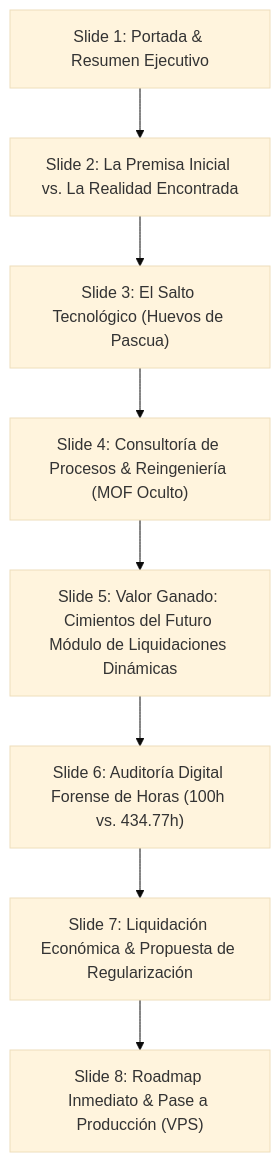
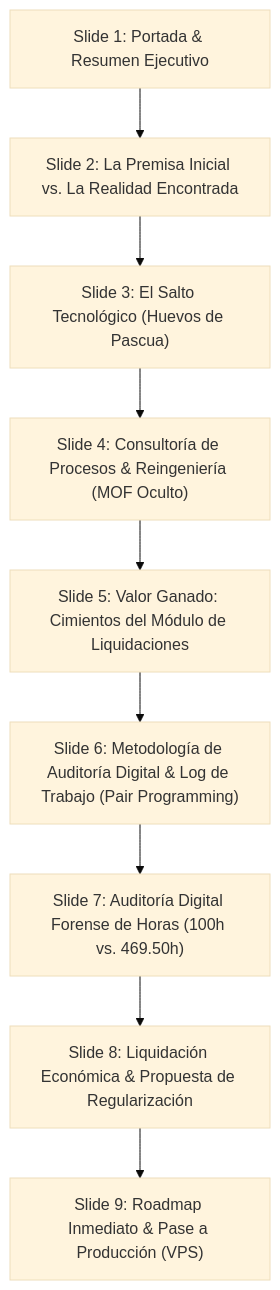
One commit to RichGutz/PETRAL.SMART.DASHBOARD changed the diagram in Desarrollo.Profesional/Obsidian.Refactorizacion.Multicotizador/26_Modificacion_Alcance_Costos_HUEVOS_PASCUA.md. Above: the diagram before and after it, drawn with Mermaid (base theme). The commit also changed other lines of this file and 2 other files, not shown here.

Commit message:
feat(presentation): crear V2 dinamica con 9 slides, nuevo slide de metodologia y actualizacion de horas a 469.50h

````diff
--- a/Desarrollo.Profesional/Obsidian.Refactorizacion.Multicotizador/26_Modificacion_Alcance_Costos_HUEVOS_PASCUA.md
+++ b/Desarrollo.Profesional/Obsidian.Refactorizacion.Multicotizador/26_Modificacion_Alcance_Costos_HUEVOS_PASCUA.md
@@ -20,10 +39,11 @@
 ```mermaid
 graph TD
     S1["Slide 1: Portada & Resumen Ejecutivo"] --> S2["Slide 2: La Premisa Inicial vs. La Realidad Encontrada"]
     S2 --> S3["Slide 3: El Salto Tecnológico (Huevos de Pascua)"]
     S3 --> S4["Slide 4: Consultoría de Procesos & Reingeniería (MOF Oculto)"]
-    S4 --> S5["Slide 5: Valor Ganado: Cimientos del Futuro Módulo de Liquidaciones Dinámicas"]
-    S5 --> S6["Slide 6: Auditoría Digital Forense de Horas (100h vs. 434.77h)"]
-    S6 --> S7["Slide 7: Liquidación Económica & Propuesta de Regularización"]
-    S7 --> S8["Slide 8: Roadmap Inmediato & Pase a Producción (VPS)"]
+    S4 --> S5["Slide 5: Valor Ganado: Cimientos del Módulo de Liquidaciones"]
+    S5 --> S6["Slide 6: Metodología de Auditoría Digital & Log de Trabajo (Pair Programming)"]
+    S6 --> S7["Slide 7: Auditoría Digital Forense de Horas (100h vs. 469.50h)"]
+    S7 --> S8["Slide 8: Liquidación Económica & Propuesta de Regularización"]
+    S8 --> S9["Slide 9: Roadmap Inmediato & Pase a Producción (VPS)"]
 ```
````
